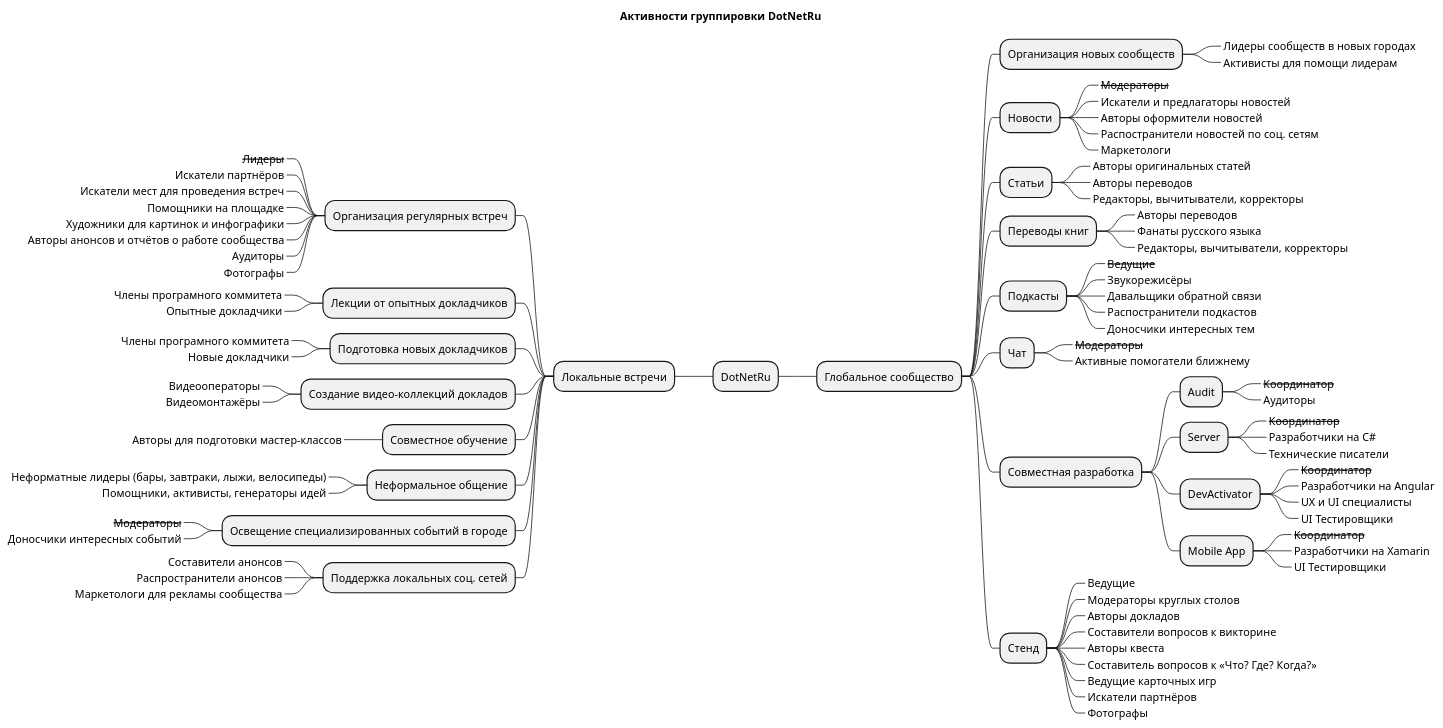
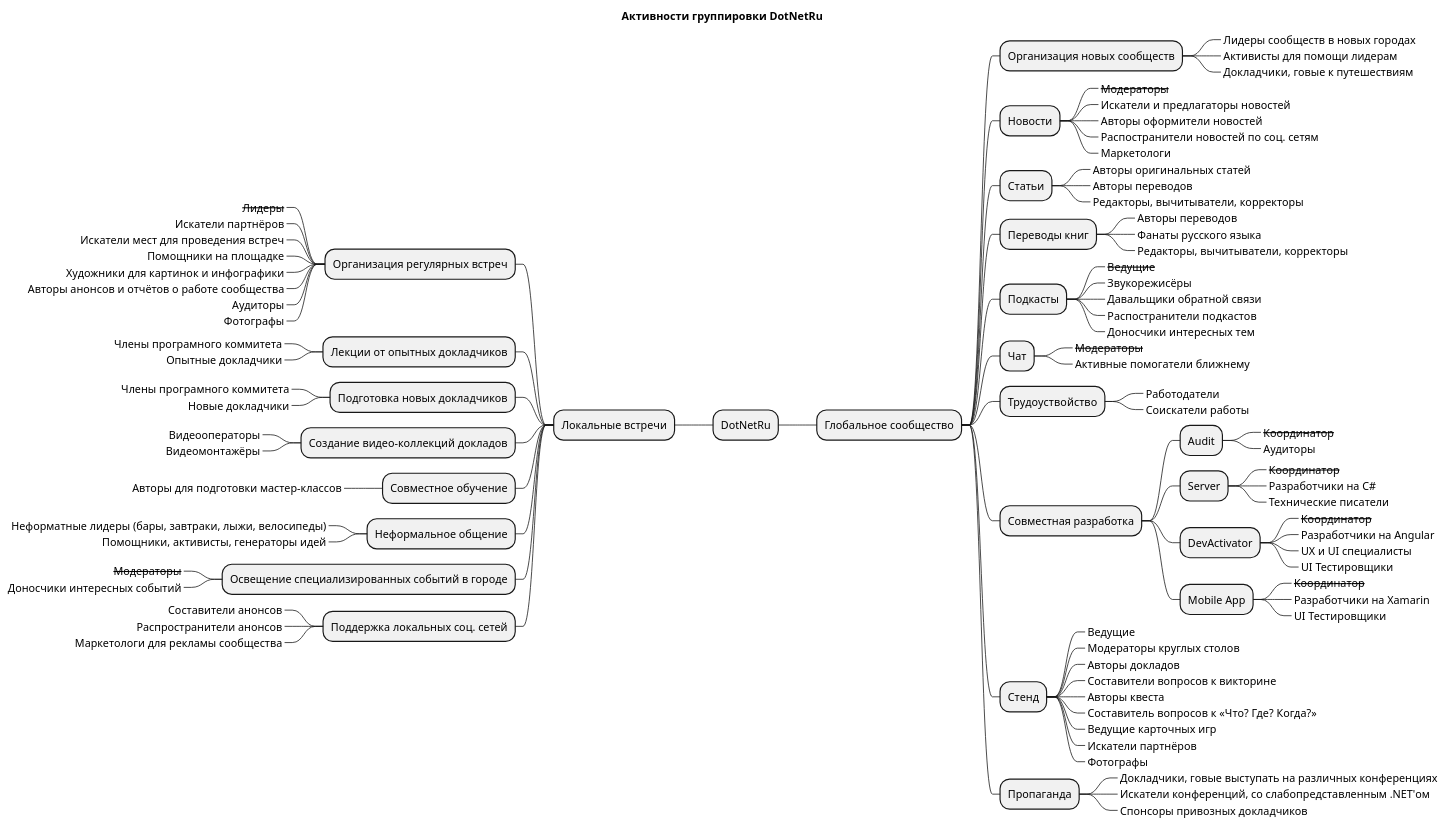
The diagram in Organization/Activities/Activities.plantuml (DotNetRu/Docs), drawn with PlantUML before and after one commit. The commit also changed 1 other file, not shown here.

```diff
--- a/Organization/Activities/Activities.plantuml
+++ b/Organization/Activities/Activities.plantuml
@@ -1,115 +1,125 @@
 @startmindmap
 title Активности группировки DotNetRu
 
 * DotNetRu
 
 ** Глобальное сообщество
 
 *** Организация новых сообществ
 ****_ Лидеры сообществ в новых городах
 ****_ Активисты для помощи лидерам
+****_ Докладчики, говые к путешествиям
 
 *** Новости
 ****_ <s>Модераторы</s>
 ****_ Искатели и предлагаторы новостей
 ****_ Авторы оформители новостей
 ****_ Распостранители новостей по соц. сетям
 ****_ Маркетологи
 
 *** Статьи
 ****_ Авторы оригинальных статей
 ****_ Авторы переводов
 ****_ Редакторы, вычитыватели, корректоры
 
 *** Переводы книг
 ****_ Авторы переводов
 ****_ Фанаты русского языка
 ****_ Редакторы, вычитыватели, корректоры
 
 *** Подкасты
 ****_ <s>Ведущие</s>
 ****_ Звукорежисёры
 ****_ Давальщики обратной связи
 ****_ Распостранители подкастов
 ****_ Доносчики интересных тем
 
 *** Чат
 ****_ <s>Модераторы</s>
 ****_ Активные помогатели ближнему
+
+*** Трудоуствойство
+****_ Работодатели
+****_ Соискатели работы
 
 *** Совместная разработка
 
 **** Audit
 *****_ <s>Координатор</s>
 *****_ Аудиторы
 
 **** Server
 *****_ <s>Координатор</s>
 *****_ Разработчики на C#
 *****_ Технические писатели
 
 **** DevActivator
 *****_ <s>Координатор</s>
 *****_ Разработчики на Angular
 *****_ UX и UI специалисты
 *****_ UI Тестировщики
 
 **** Mobile App
 *****_ <s>Координатор</s>
 *****_ Разработчики на Xamarin
 *****_ UI Тестировщики
 
 *** Стенд
 ****_ Ведущие
 ****_ Модераторы круглых столов
 ****_ Авторы докладов
 ****_ Составители вопросов к викторине
 ****_ Авторы квеста
 ****_ Составитель вопросов к «Что? Где? Когда?»
 ****_ Ведущие карточных игр
 ****_ Искатели партнёров
 ****_ Фотографы
+
+*** Пропаганда
+****_ Докладчики, говые выступать на различных конференциях
+****_ Искатели конференций, со слабопредставленным .NET'ом
+****_ Спонсоры привозных докладчиков
 
 left side
 
 ** Локальные встречи
 
 *** Организация регулярных встреч
 ****_ <s>Лидеры</s>
 ****_ Искатели партнёров
 ****_ Искатели мест для проведения встреч
 ****_ Помощники на площадке
 ****_ Художники для картинок и инфографики
 ****_ Авторы анонсов и отчётов о работе сообщества
 ****_ Аудиторы
 ****_ Фотографы
 
 *** Лекции от опытных докладчиков
 ****_ Члены програмного коммитета
 ****_ Опытные докладчики
 
 *** Подготовка новых докладчиков
 ****_ Члены програмного коммитета
 ****_ Новые докладчики
 
 *** Создание видео-коллекций докладов
 ****_ Видеооператоры
 ****_ Видеомонтажёры
 
 *** Совместное обучение
 ****_ Авторы для подготовки мастер-классов
 
 *** Неформальное общение
 ****_ Неформатные лидеры (бары, завтраки, лыжи, велосипеды)
 ****_ Помощники, активисты, генераторы идей
 
 *** Освещение специализированных событий в городе
 ****_ <s>Модераторы</s>
 ****_ Доносчики интересных событий
 
 *** Поддержка локальных соц. сетей
 ****_ Составители анонсов
 ****_ Распространители анонсов
 ****_ Маркетологи для рекламы сообщества
 
 @endmindmap
```
